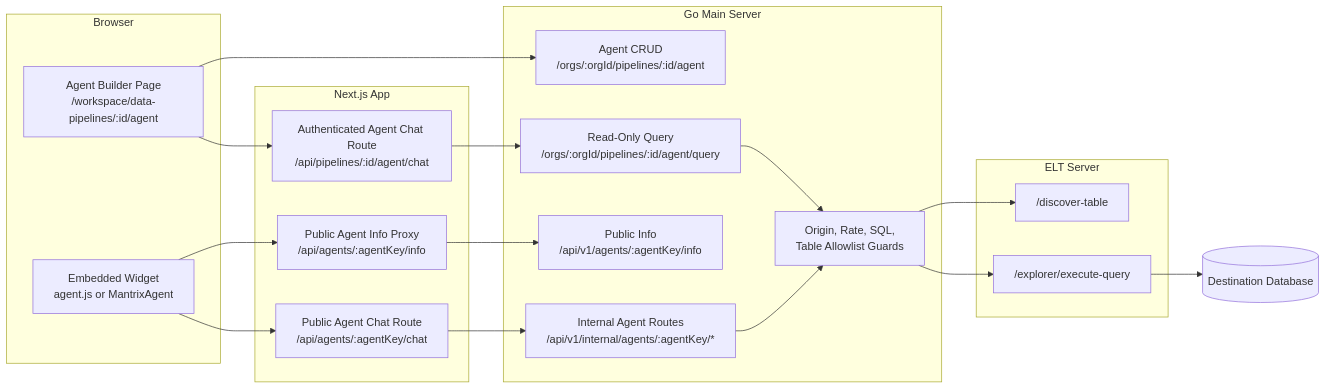
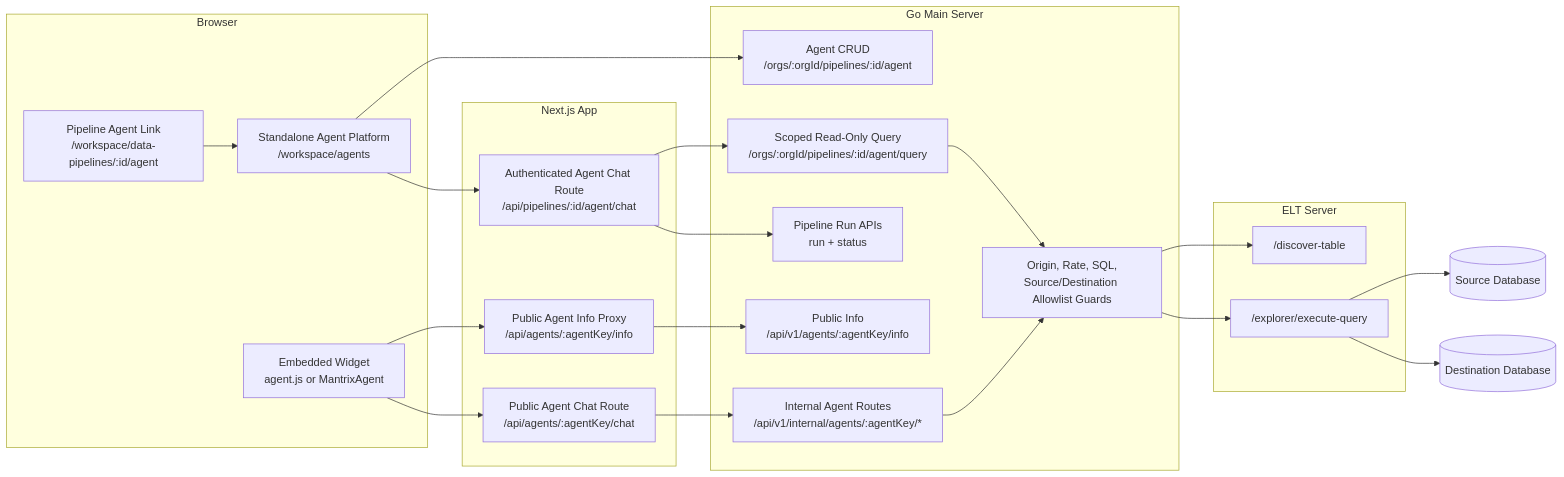
One commit to dabhivijay2478/InsightFlow changed the first of 5 diagrams in md-docs/agents/flow-charts.md. Above: the diagram before and after it, drawn with Mermaid. The commit also changed other lines of this file and 13 other files, not shown here.

````diff
--- a/md-docs/agents/flow-charts.md
+++ b/md-docs/agents/flow-charts.md
@@ -5,41 +5,47 @@
 ```mermaid
 flowchart LR
   subgraph Browser
-    Builder["Agent Builder Page\n/workspace/data-pipelines/:id/agent"]
+    Platform["Standalone Agent Platform\n/workspace/agents"]
+    DeepLink["Pipeline Agent Link\n/workspace/data-pipelines/:id/agent"]
     Widget["Embedded Widget\nagent.js or MantrixAgent"]
   end
 
   subgraph Next["Next.js App"]
-    BuilderChat["Authenticated Agent Chat Route\n/api/pipelines/:id/agent/chat"]
+    AuthChat["Authenticated Agent Chat Route\n/api/pipelines/:id/agent/chat"]
     PublicChat["Public Agent Chat Route\n/api/agents/:agentKey/chat"]
     PublicInfo["Public Agent Info Proxy\n/api/agents/:agentKey/info"]
   end
 
   subgraph Go["Go Main Server"]
     CRUD["Agent CRUD\n/orgs/:orgId/pipelines/:id/agent"]
-    Query["Read-Only Query\n/orgs/:orgId/pipelines/:id/agent/query"]
+    Query["Scoped Read-Only Query\n/orgs/:orgId/pipelines/:id/agent/query"]
+    Runs["Pipeline Run APIs\nrun + status"]
     Internal["Internal Agent Routes\n/api/v1/internal/agents/:agentKey/*"]
     Info["Public Info\n/api/v1/agents/:agentKey/info"]
-    Guards["Origin, Rate, SQL,\nTable Allowlist Guards"]
+    Guards["Origin, Rate, SQL,\nSource/Destination Allowlist Guards"]
   end
 
   subgraph ELT["ELT Server"]
     Discover["/discover-table"]
     Execute["/explorer/execute-query"]
   end
 
-  DB[("Destination Database")]
+  SourceDB[("Source Database")]
+  DestDB[("Destination Database")]
 
-  Builder --> CRUD
-  Builder --> BuilderChat
-  BuilderChat --> Query
+  DeepLink --> Platform
+  Platform --> CRUD
+  Platform --> AuthChat
+  AuthChat --> Query
+  AuthChat --> Runs
   Widget --> PublicInfo
   PublicInfo --> Info
   Widget --> PublicChat
   PublicChat --> Internal
   Internal --> Guards
   Query --> Guards
   Guards --> Discover
   Guards --> Execute
-  Execute --> DB
+  Execute --> SourceDB
+  Execute --> DestDB
 ```
````
